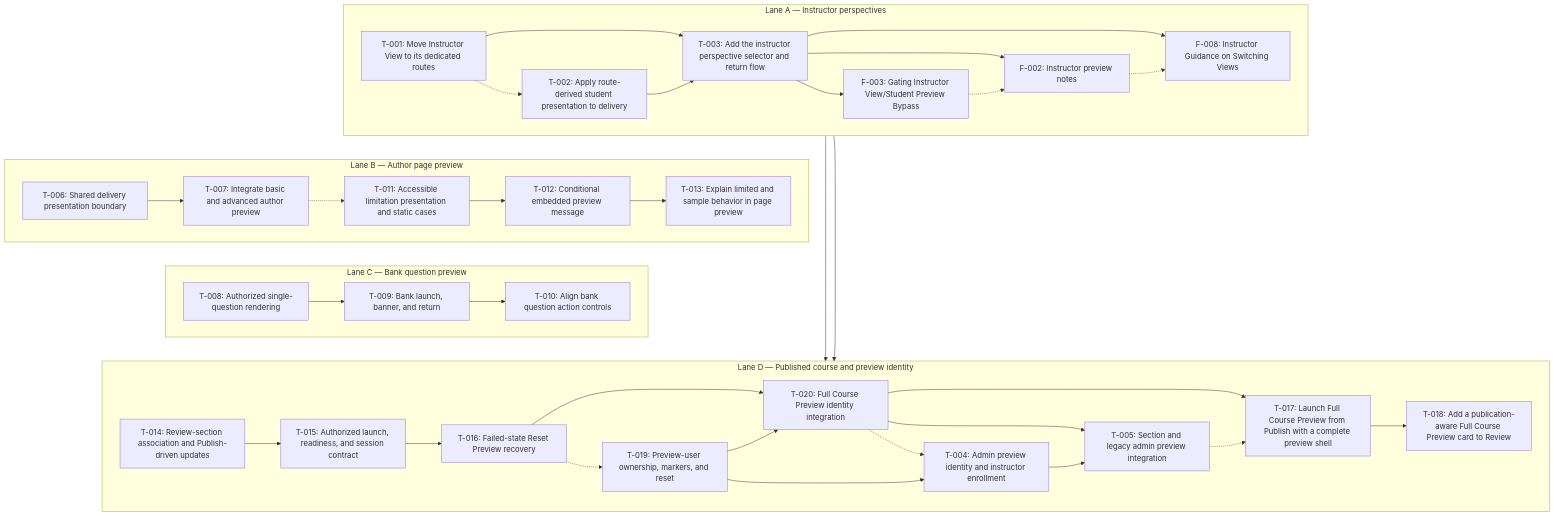
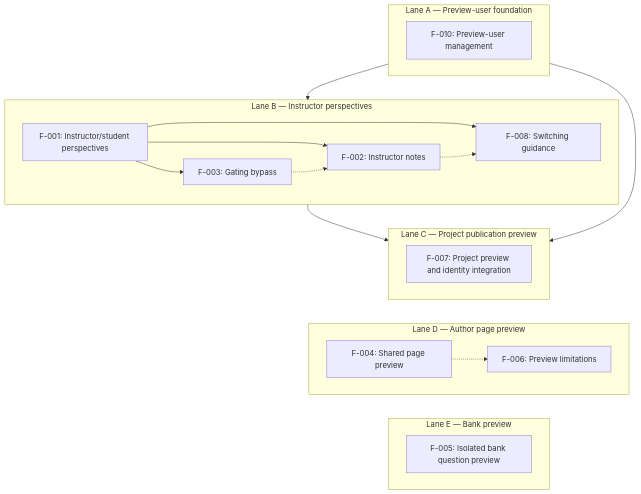
One commit to Simon-Initiative/oli-torus changed the diagram in docs/exec-plans/current/epics/user-preview/epic.md. Above: the diagram before and after it, drawn with Mermaid. The commit also changed other lines of this file and 18 other files, not shown here.

Commit message:
docs: align preview dependencies with story delivery

````diff
--- a/docs/exec-plans/current/epics/user-preview/epic.md
+++ b/docs/exec-plans/current/epics/user-preview/epic.md
@@ -445,67 +440,34 @@
 ```mermaid
 flowchart TB
-  subgraph A["Lane A — Instructor perspectives"]
+  subgraph A["Lane A — Preview-user foundation"]
     direction LR
-    T001["T-001: Move Instructor View to its dedicated routes"]
-    T002["T-002: Apply route-derived student presentation to delivery"]
-    T003["T-003: Add the instructor perspective selector and return flow"]
-    F003["F-003: Gating Instructor View/Student Preview Bypass"]
-    F002["F-002: Instructor preview notes"]
-    F008["F-008: Instructor Guidance on Switching Views"]
+    F010["F-010: Preview-user management"]
   end
-  subgraph B["Lane B — Author page preview"]
+  subgraph B["Lane B — Instructor perspectives"]
     direction LR
-    T006["T-006: Shared delivery presentation boundary"]
-    T007["T-007: Integrate basic and advanced author preview"]
-    T011["T-011: Accessible limitation presentation and static cases"]
-    T012["T-012: Conditional embedded preview message"]
-    T013["T-013: Explain limited and sample behavior in page preview"]
+    F001["F-001: Instructor/student perspectives"]
+    F002["F-002: Instructor notes"]
+    F003["F-003: Gating bypass"]
+    F008["F-008: Switching guidance"]
+    F001 --> F002
+    F001 --> F003
+    F001 --> F008
+    F003 -.-> F002 -.-> F008
   end
-  subgraph C["Lane C — Bank question preview"]
+  subgraph C["Lane C — Project publication preview"]
     direction LR
-    T008["T-008: Authorized single-question rendering"]
-    T009["T-009: Bank launch, banner, and return"]
-    T010["T-010: Align bank question action controls"]
+    F007["F-007: Project preview and identity integration"]
   end
-  subgraph D["Lane D — Published course and preview identity"]
+  subgraph D["Lane D — Author page preview"]
     direction LR
-    T014["T-014: Review-section association and Publish-driven updates"]
-    T015["T-015: Authorized launch, readiness, and session contract"]
-    T016["T-016: Failed-state Reset Preview recovery"]
-    T019["T-019: Preview-user ownership, markers, and reset"]
-    T020["T-020: Full Course Preview identity integration"]
-    T004["T-004: Admin preview identity and instructor enrollment"]
-    T005["T-005: Section and legacy admin preview integration"]
-    T017["T-017: Launch Full Course Preview from Publish with a complete preview shell"]
-    T018["T-018: Add a publication-aware Full Course Preview card to Review"]
+    F004["F-004: Shared page preview"] -.-> F006["F-006: Preview limitations"]
   end
-  T001 --> T003
-  T002 --> T003
-  T002 --> T017
-  T003 --> F003
-  T003 --> F002
-  T003 --> F008
-  T003 --> T005
-  T006 --> T007
-  T011 --> T012
-  T012 --> T013
-  T008 --> T009
-  T009 --> T010
-  T014 --> T015
-  T015 --> T016
-  T016 --> T020
-  T019 --> T020
-  T019 --> T004
-  T020 --> T017
-  T020 --> T005
-  T004 --> T005
-  T017 --> T018
-  T001 -.-> T002
-  F003 -.-> F002
-  F002 -.-> F008
-  T007 -.-> T011
-  T016 -.-> T019
-  T020 -.-> T004
-  T005 -.-> T017
-  A ~~~ B ~~~ C ~~~ D
+  subgraph E["Lane E — Bank preview"]
+    direction LR
+    F005["F-005: Isolated bank question preview"]
+  end
+  F010 --> F001
+  F010 --> F007
+  F001 --> F007
+  A ~~~ B ~~~ C ~~~ D ~~~ E
 ```
````
